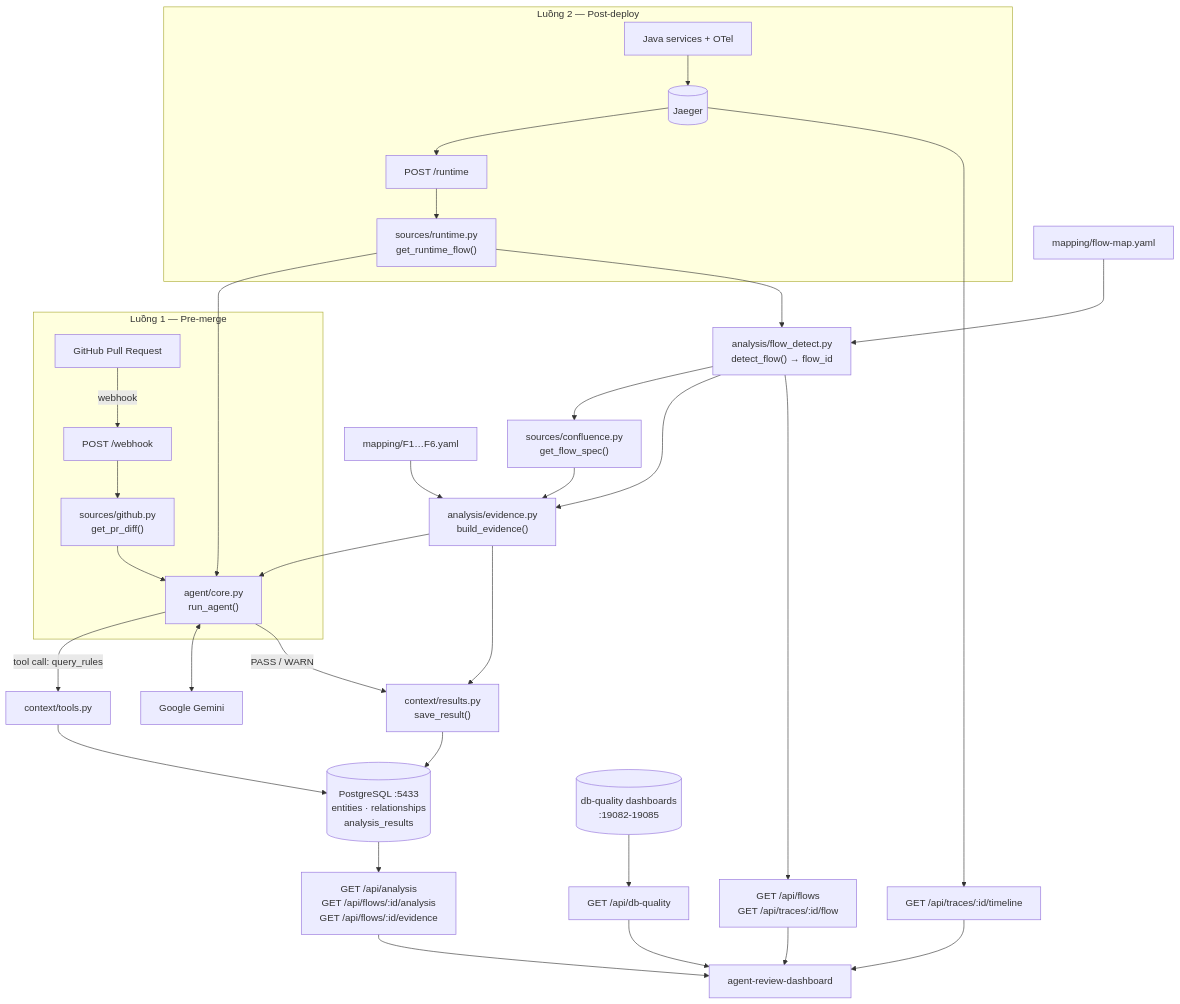
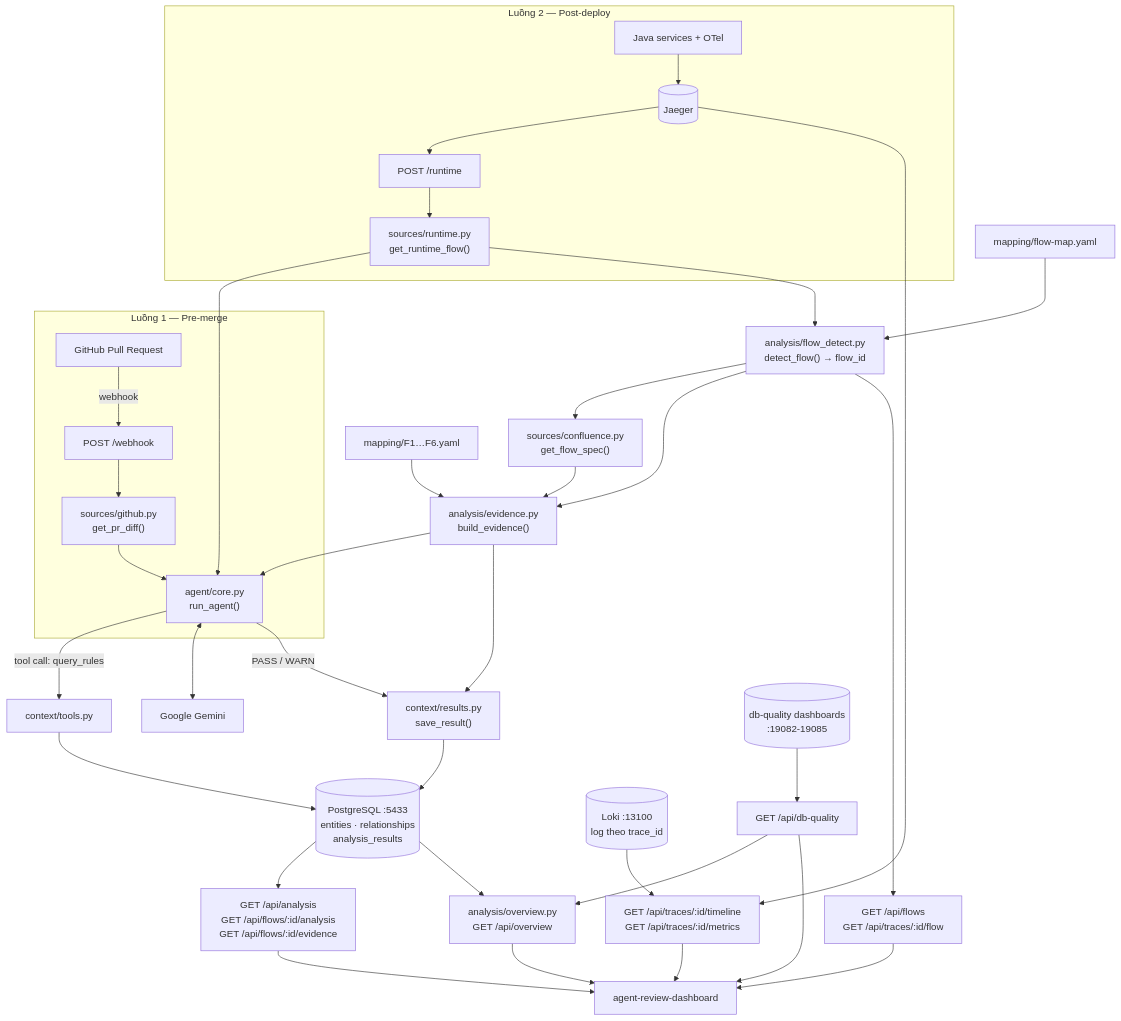
Before and after one commit to talent-vds-global/agent-review: the diagram in README.md, drawn with Mermaid. The commit also changed other lines of this file and 8 other files, not shown here.

````diff
--- a/README.md
+++ b/README.md
@@ -23,38 +24,42 @@
 ```mermaid
 graph TD
     subgraph PreMerge["Luồng 1 — Pre-merge"]
         PR[GitHub Pull Request] -->|webhook| WH["POST /webhook"]
         WH --> GH["sources/github.py<br/>get_pr_diff()"]
         GH --> CORE
     end
 
     subgraph PostDeploy["Luồng 2 — Post-deploy"]
         APP[Java services + OTel] --> JG[(Jaeger)]
         JG --> RT["POST /runtime"]
         RT --> PS["sources/runtime.py<br/>get_runtime_flow()"]
         PS --> CORE
     end
 
     PS --> FD
     FMAP["mapping/flow-map.yaml"] --> FD
     FD["analysis/flow_detect.py<br/>detect_flow() → flow_id"] --> CF
     FD --> EV
     CF["sources/confluence.py<br/>get_flow_spec()"] --> EV
     MAP["mapping/F1…F6.yaml"] --> EV
     EV["analysis/evidence.py<br/>build_evidence()"] --> CORE
 
     CORE["agent/core.py<br/>run_agent()"] -->|tool call: query_rules| TOOLS["context/tools.py"]
     TOOLS --> DB[("PostgreSQL :5433<br/>entities · relationships<br/>analysis_results")]
     CORE <--> LLM["Google Gemini"]
     CORE -->|PASS / WARN| SAVE["context/results.py<br/>save_result()"]
     EV --> SAVE
     SAVE --> DB
     DB --> API["GET /api/analysis<br/>GET /api/flows/:id/analysis<br/>GET /api/flows/:id/evidence"]
+    DB --> OV["analysis/overview.py<br/>GET /api/overview"]
     FD --> FAPI["GET /api/flows<br/>GET /api/traces/:id/flow"]
     FAPI --> UI
-    JG --> TL["GET /api/traces/:id/timeline"]
+    JG --> TL["GET /api/traces/:id/timeline<br/>GET /api/traces/:id/metrics"]
+    LK[("Loki :13100<br/>log theo trace_id")] --> TL
     DQ[("db-quality dashboards<br/>:19082-19085")] --> DQAPI["GET /api/db-quality"]
+    DQAPI --> OV
     API --> UI["agent-review-dashboard"]
+    OV --> UI
     TL --> UI
     DQAPI --> UI
 ```
````
